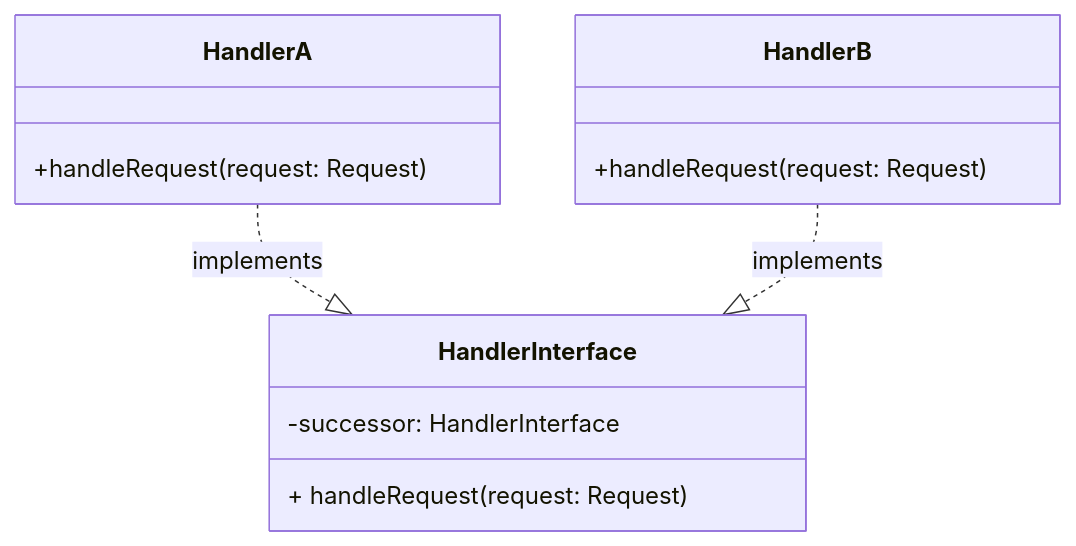
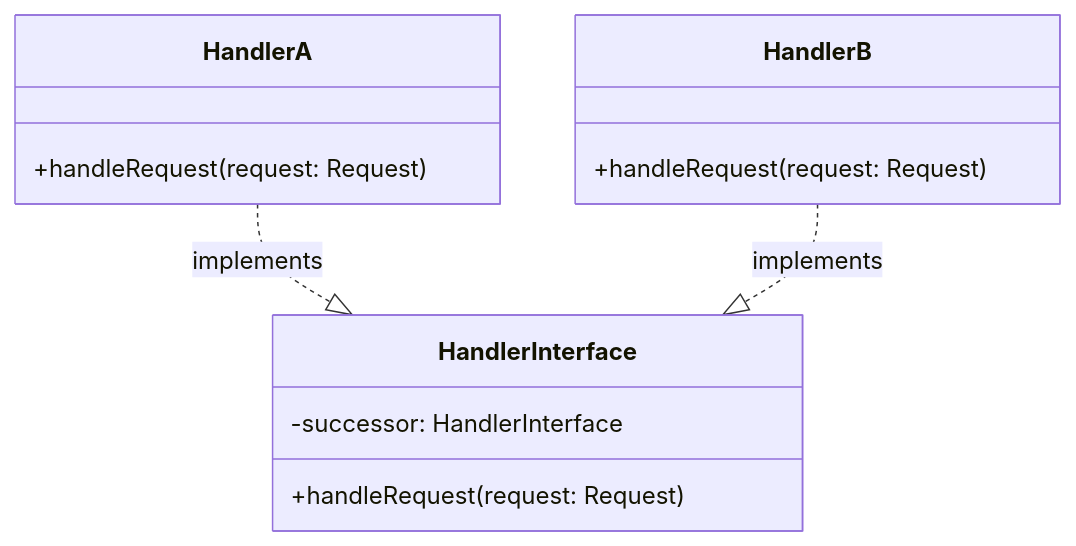
Before and after one commit to EliFuzz/tech-labs: diagram 13 of 23 in docs/education/03-design-patterns/05-gof.mdx, drawn with Mermaid. The commit also changed other lines of this file and 2 other files, not shown here.

````diff
--- a/docs/education/03-design-patterns/05-gof.mdx
+++ b/docs/education/03-design-patterns/05-gof.mdx
@@ -416,16 +477,18 @@
           ```mermaid
           classDiagram
           direction TB
+
           class HandlerInterface {
-          -successor: HandlerInterface
-          + handleRequest(request: Request)
-        }
+            -successor: HandlerInterface
+            +handleRequest(request: Request)
+          }
           class HandlerA {
-          +handleRequest(request: Request)
-        }
+            +handleRequest(request: Request)
+          }
           class HandlerB {
-          +handleRequest(request: Request)
-        }
+            +handleRequest(request: Request)
+          }
+
           HandlerA ..|> HandlerInterface : implements
           HandlerB ..|> HandlerInterface : implements
           ```
````
